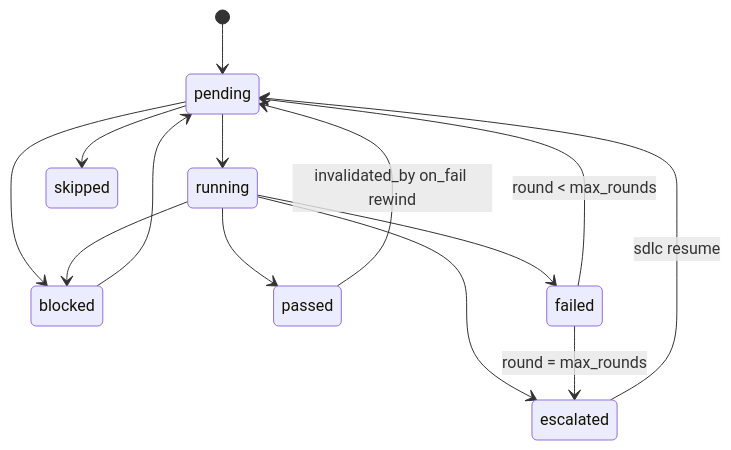
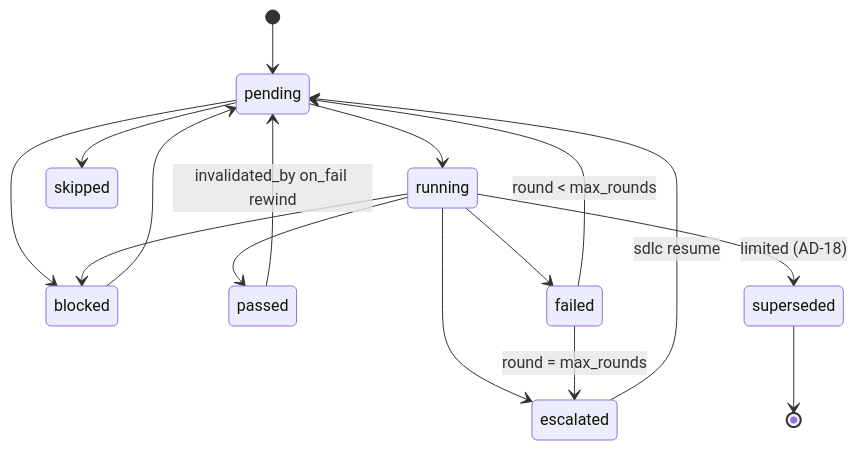
One commit to fsd-multiagent/price-checker changed the second of 4 diagrams in _bmad-output/planning-artifacts/architecture/architecture-orchestrator-2026-11-16/ARCHITECTURE-SPINE.md. Above: the diagram before and after it, drawn with Mermaid. The commit also changed other lines of this file and 5 other files, not shown here.

First line of the commit message:
docs(architecture): orchestrator spine update for subscription limits and budget

````diff
--- a/_bmad-output/planning-artifacts/architecture/architecture-orchestrator-2026-11-16/ARCHITECTURE-SPINE.md
+++ b/_bmad-output/planning-artifacts/architecture/architecture-orchestrator-2026-11-16/ARCHITECTURE-SPINE.md
@@ -101,16 +104,18 @@
 ```mermaid
 stateDiagram-v2
   [*] --> pending
   pending --> running
   pending --> blocked
   pending --> skipped
   blocked --> pending
   running --> passed
   running --> failed
   running --> blocked
   running --> escalated
+  running --> superseded: limited (AD-18)
+  superseded --> [*]
   passed --> pending: invalidated_by on_fail rewind
   failed --> pending: round < max_rounds
   failed --> escalated: round = max_rounds
   escalated --> pending: sdlc resume
 ```
````
